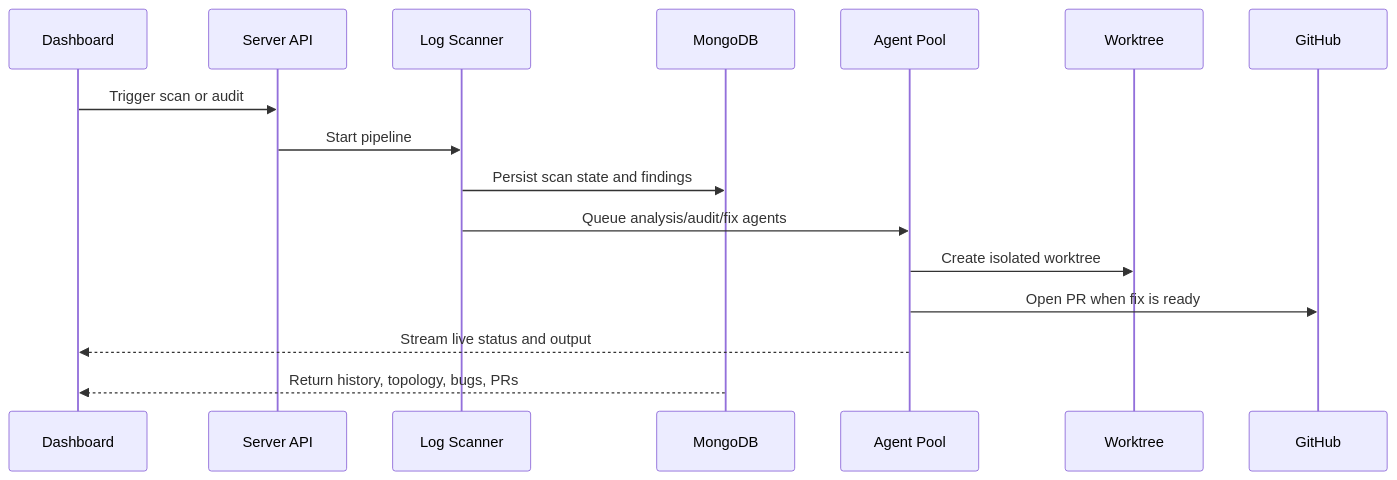
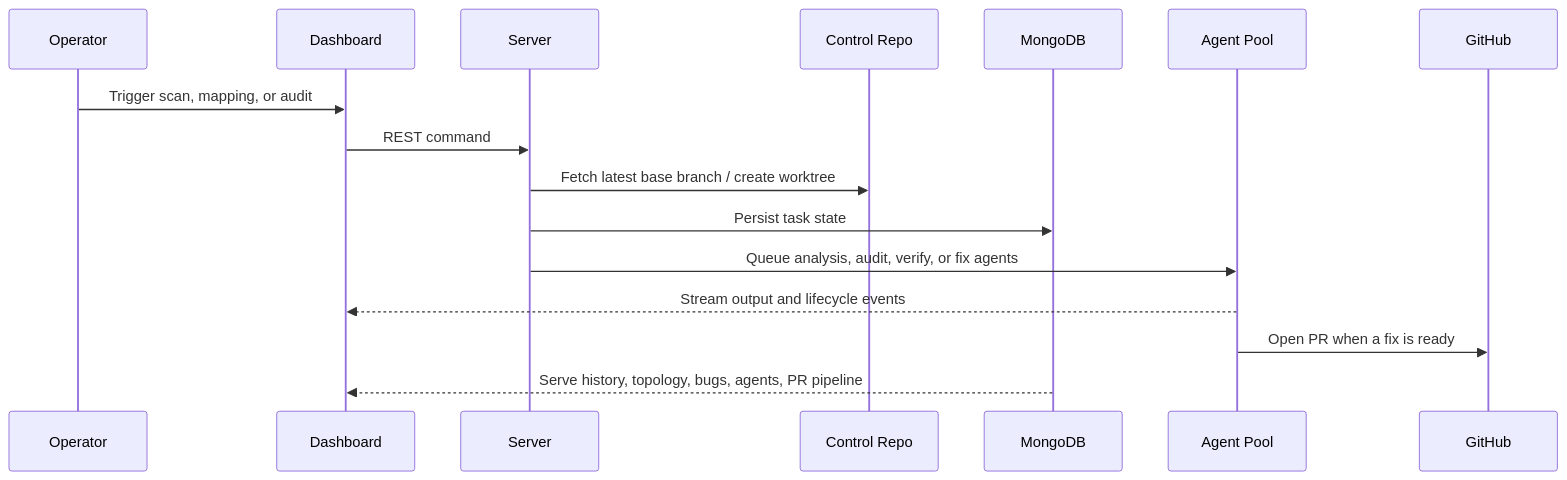
Before and after one commit to ammonwk/david: the second of 2 diagrams in README.md, drawn with Mermaid. The commit also changed other lines of this file and 50 other files, not shown here.

````diff
--- a/README.md
+++ b/README.md
@@ -197,19 +88,19 @@
 ```mermaid
 sequenceDiagram
+    participant Operator as Operator
     participant UI as Dashboard
-    participant API as Server API
-    participant Scan as Log Scanner
+    participant API as Server
+    participant Repo as Control Repo
     participant DB as MongoDB
-    participant Pool as Agent Pool
-    participant Git as Worktree
+    participant Agents as Agent Pool
     participant GH as GitHub
 
-    UI->>API: Trigger scan or audit
-    API->>Scan: Start pipeline
-    Scan->>DB: Persist scan state and findings
-    Scan->>Pool: Queue analysis/audit/fix agents
-    Pool->>Git: Create isolated worktree
-    Pool->>GH: Open PR when fix is ready
-    Pool-->>UI: Stream live status and output
-    DB-->>UI: Return history, topology, bugs, PRs
+    Operator->>UI: Trigger scan, mapping, or audit
+    UI->>API: REST command
+    API->>Repo: Fetch latest base branch / create worktree
+    API->>DB: Persist task state
+    API->>Agents: Queue analysis, audit, verify, or fix agents
+    Agents-->>UI: Stream output and lifecycle events
+    Agents->>GH: Open PR when a fix is ready
+    DB-->>UI: Serve history, topology, bugs, agents, PR pipeline
 ```
````
